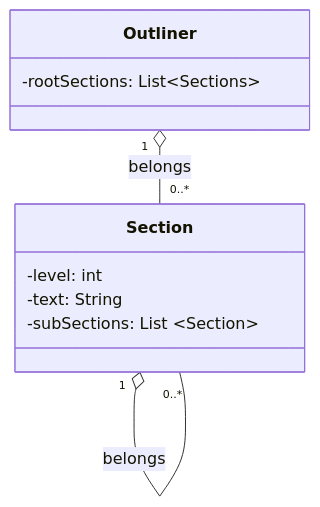
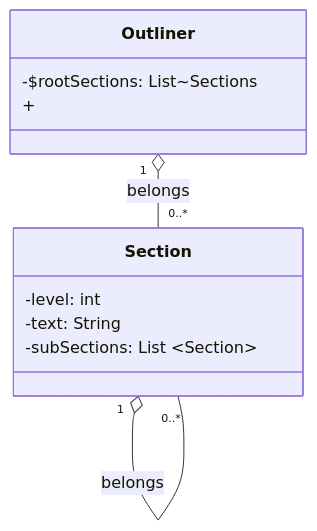
Before and after one commit to itsjihunpark/Microsoft-Word-Outliner-Clone: the diagram in docs/UMLTemplate.md, drawn with Mermaid.

````diff
--- a/docs/UMLTemplate.md
+++ b/docs/UMLTemplate.md
@@ -24,14 +24,15 @@
 ```mermaid
 classDiagram
     Outliner "1" o-- "0..*" Section : belongs
     Section "1" o-- "0..*" Section : belongs 
     class Outliner{
-      -rootSections: List~Sections~
+      -$rootSections: List~Sections
+      +
     }
     class Section{
       -level: int
       -text: String
       -subSections: List ~Section~
     }
 
 ```
````
